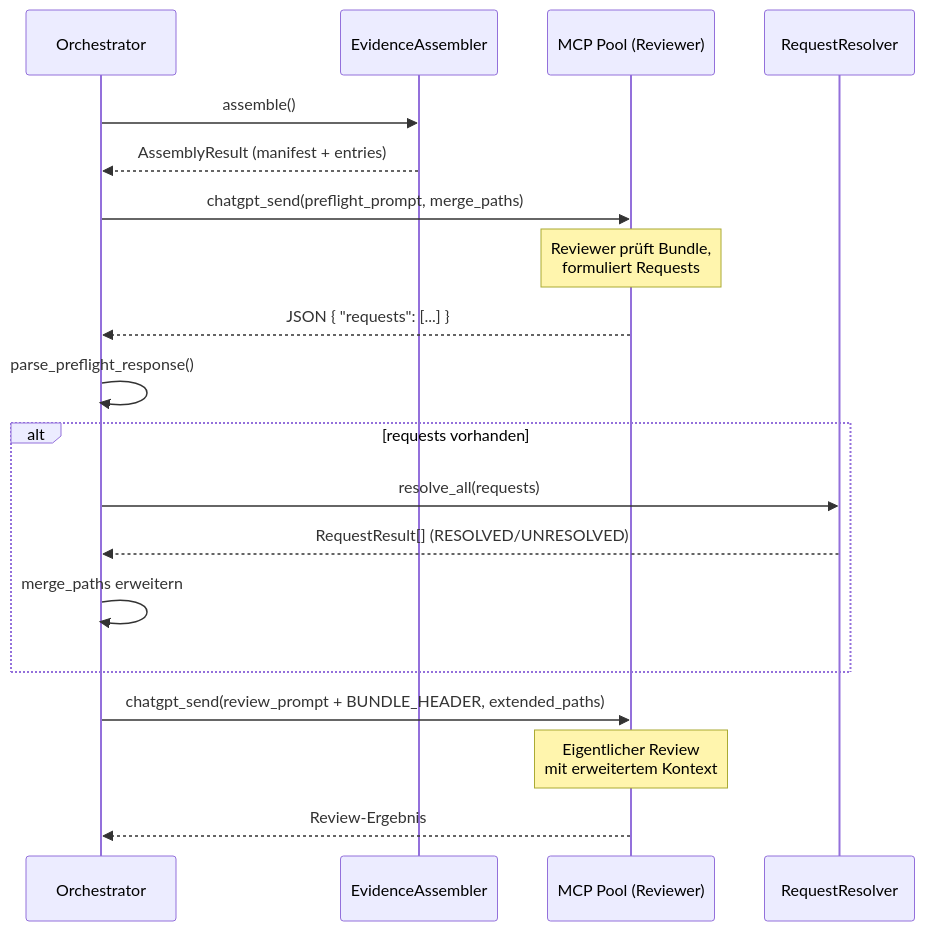
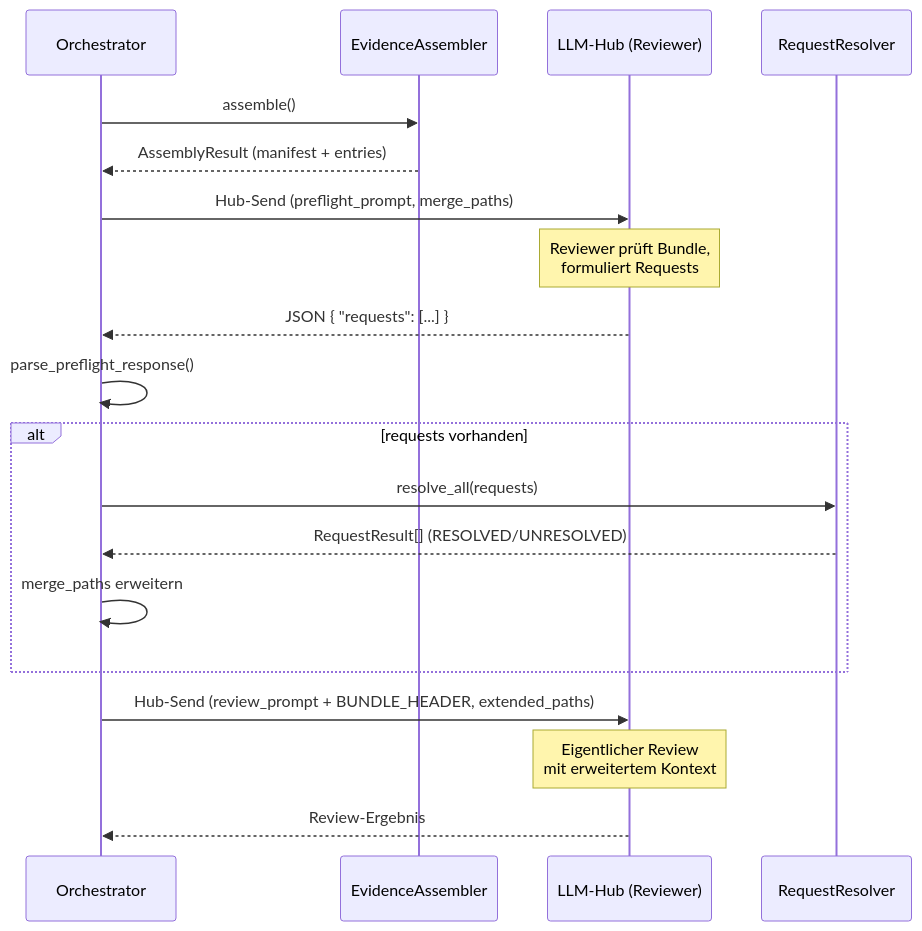
The diagram in concept/technical-design/47_request_dsl_und_preflight_turn.md (saltenhof/claude-agentkit3), drawn with Mermaid before and after one commit. The commit also changed other lines of this file and 33 other files, not shown here.

First line of the commit message:
Stop cloning the LLM-Hub interface across concept docs

````diff
--- a/concept/technical-design/47_request_dsl_und_preflight_turn.md
+++ b/concept/technical-design/47_request_dsl_und_preflight_turn.md
@@ -283,25 +283,25 @@
 ```mermaid
 sequenceDiagram
     participant O as Orchestrator
     participant A as EvidenceAssembler
-    participant R as MCP Pool (Reviewer)
+    participant R as LLM-Hub (Reviewer)
     participant RR as RequestResolver
 
     O->>A: assemble()
     A-->>O: AssemblyResult (manifest + entries)
 
-    O->>R: chatgpt_send(preflight_prompt, merge_paths)
+    O->>R: Hub-Send (preflight_prompt, merge_paths)
     Note over R: Reviewer prüft Bundle,<br/>formuliert Requests
     R-->>O: JSON { "requests": [...] }
 
     O->>O: parse_preflight_response()
     alt requests vorhanden
         O->>RR: resolve_all(requests)
         RR-->>O: RequestResult[] (RESOLVED/UNRESOLVED)
         O->>O: merge_paths erweitern
     end
 
-    O->>R: chatgpt_send(review_prompt + BUNDLE_HEADER, extended_paths)
+    O->>R: Hub-Send (review_prompt + BUNDLE_HEADER, extended_paths)
     Note over R: Eigentlicher Review<br/>mit erweitertem Kontext
     R-->>O: Review-Ergebnis
 ```
````
